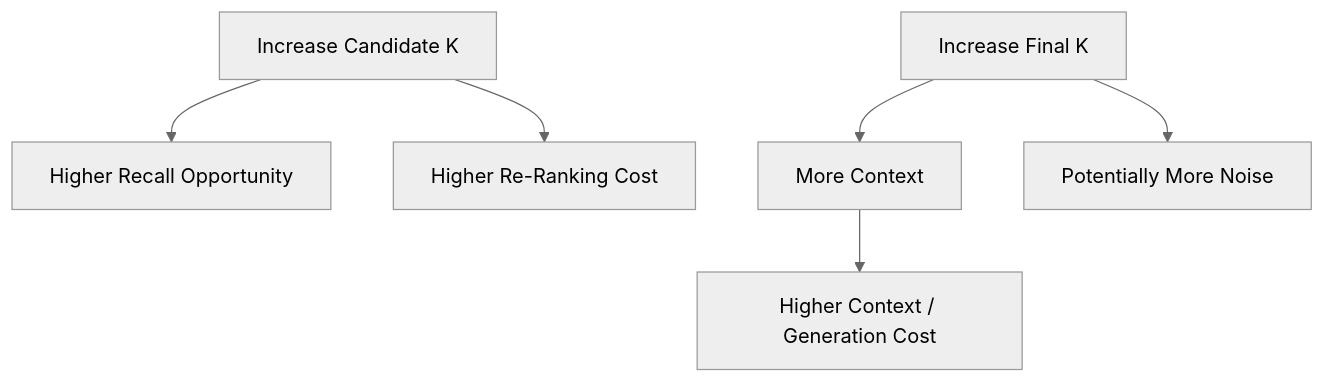
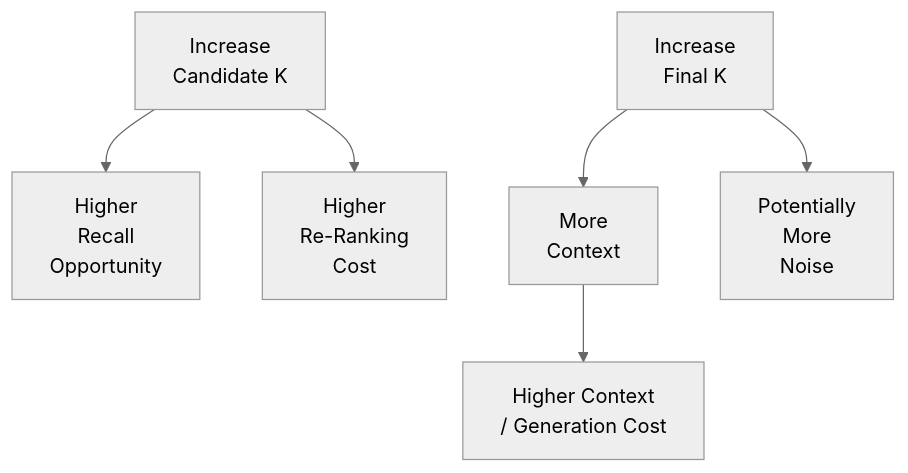
Before and after one commit to MihirKJha/enterprise-ai-blog: the ninth of 10 diagrams in docs/architecture-insights/genai-and-rag/3.5_architecting_multi_stage_retrieval_from_recall_to_precision.md, drawn with Mermaid (neutral theme). The commit also changed other lines of this file and 1 other file, not shown here.

````diff
--- a/docs/architecture-insights/genai-and-rag/3.5_architecting_multi_stage_retrieval_from_recall_to_precision.md
+++ b/docs/architecture-insights/genai-and-rag/3.5_architecting_multi_stage_retrieval_from_recall_to_precision.md
@@ -591,9 +591,9 @@
 ```mermaid
 flowchart TD
-    CK[Increase Candidate K] --> R[Higher Recall Opportunity]
-    CK --> RC[Higher Re-Ranking Cost]
+    CK[Increase<br/>Candidate K] --> R[Higher<br/>Recall<br/>Opportunity]
+    CK --> RC[Higher<br/>Re-Ranking<br/>Cost]
 
-    FK[Increase Final K] --> CT[More Context]
-    FK --> NO[Potentially More Noise]
-    CT --> LC[Higher Context / Generation Cost]
+    FK[Increase<br/>Final K] --> CT[More<br/>Context]
+    FK --> NO[Potentially<br/>More<br/>Noise]
+    CT --> LC[Higher Context <br/>/ Generation Cost]
 ```
````
